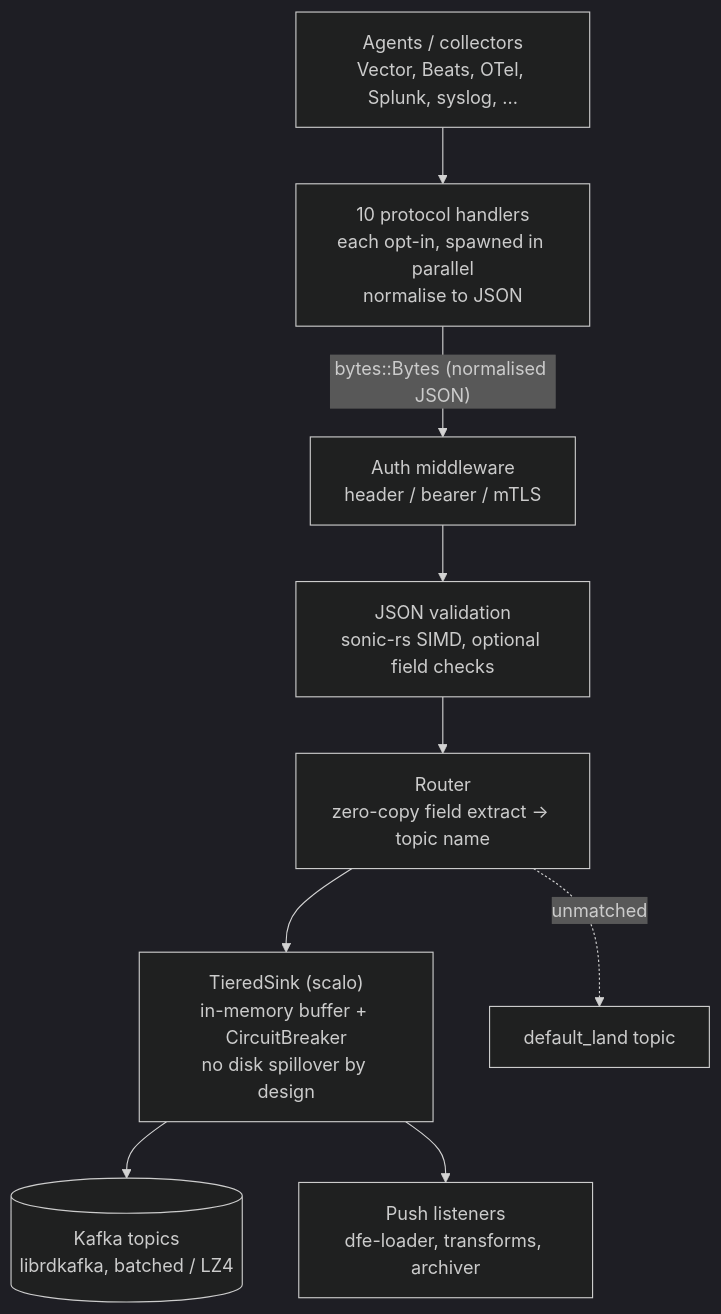
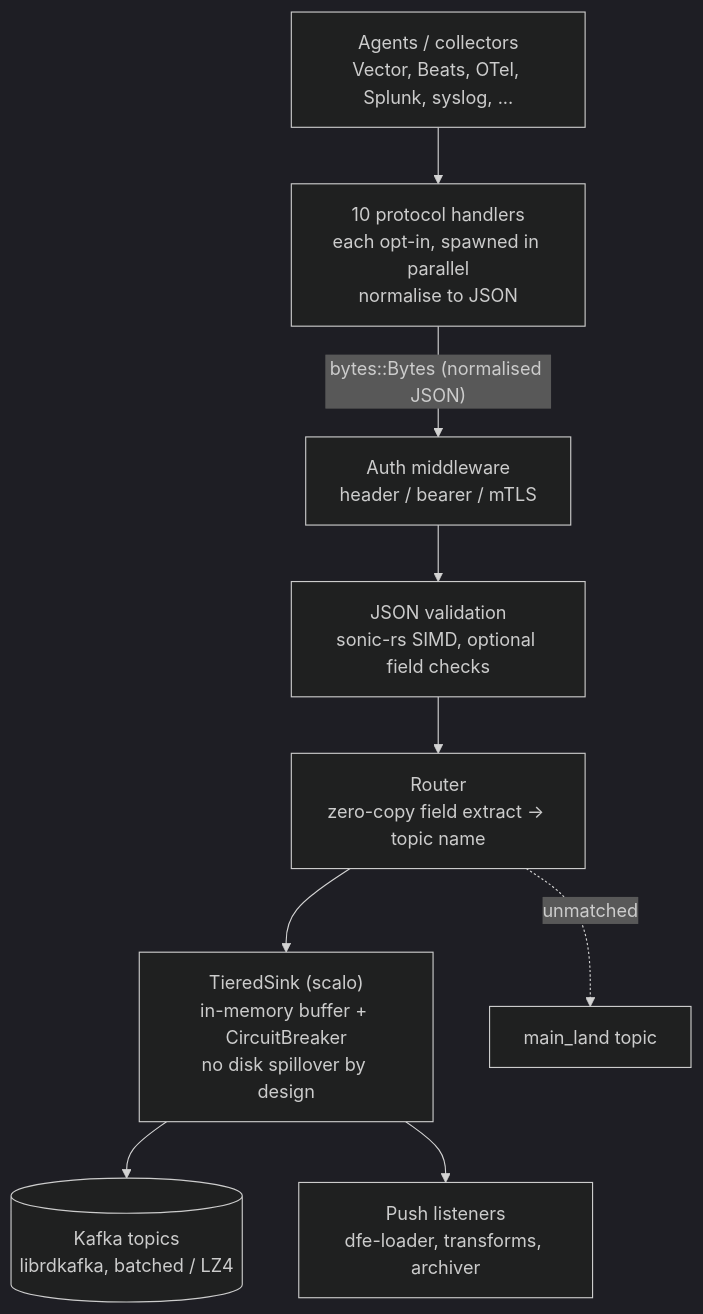
The diagram in README.md (hyperi-io/dfe-receiver), drawn with Mermaid (dark theme) before and after one commit. The commit also changed other lines of this file and 12 other files, not shown here.

First line of the commit message:
fix: an unmatched record is stamped _source main

````diff
--- a/README.md
+++ b/README.md
@@ -232,12 +232,12 @@
 ```mermaid
 flowchart TB
     SRC["Agents / collectors<br/>Vector, Beats, OTel, Splunk, syslog, ..."]
     SRC --> H["10 protocol handlers<br/>each opt-in, spawned in parallel<br/>normalise to JSON"]
     H -->|"bytes::Bytes (normalised JSON)"| AUTH["Auth middleware<br/>header / bearer / mTLS"]
     AUTH --> VAL["JSON validation<br/>sonic-rs SIMD, optional field checks"]
     VAL --> RT["Router<br/>zero-copy field extract -> topic name"]
     RT --> TS["TieredSink (scalo)<br/>in-memory buffer + CircuitBreaker<br/>no disk spillover by design"]
     TS --> KAFKA[("Kafka topics<br/>librdkafka, batched / LZ4")]
     TS --> GRPC["Push listeners<br/>dfe-loader, transforms, archiver"]
-    RT -. unmatched .-> DEF["default_land topic"]
+    RT -. unmatched .-> DEF["main_land topic"]
 ```
````
